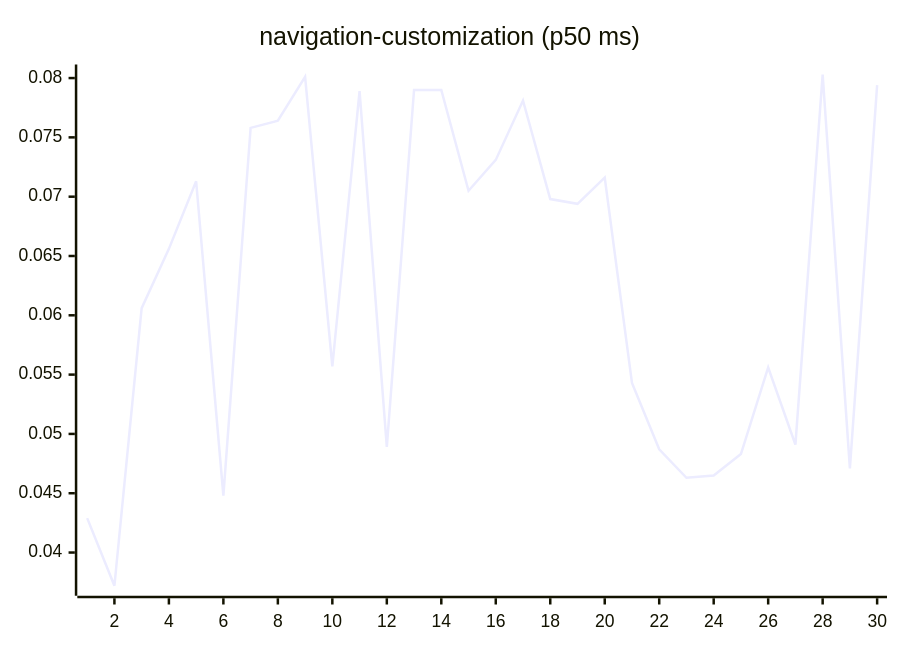
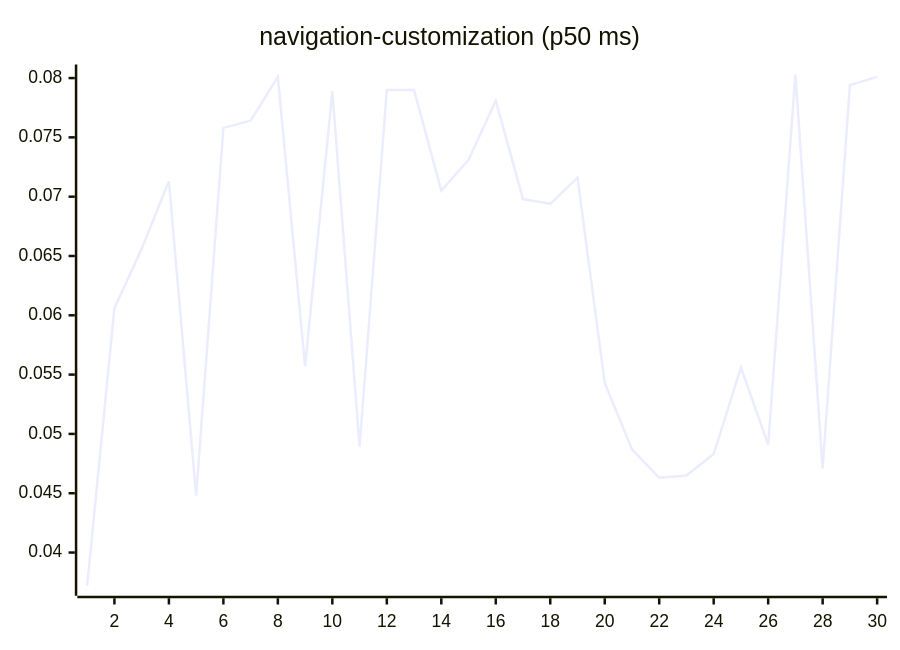
Before and after one commit to josha/Facet: diagram 15 of 27 in README.md, drawn with Mermaid. The commit also changed other lines of this file and 2 other files, not shown here.

````diff
--- a/README.md
+++ b/README.md
@@ -161,6 +161,6 @@
 ```mermaid
 xychart-beta
     title "navigation-customization (p50 ms)"
     x-axis 1 --> 30
-    line [0.0429, 0.0372, 0.0606, 0.0656, 0.0713, 0.0448, 0.0758, 0.0764, 0.0801, 0.0557, 0.0789, 0.0489, 0.0790, 0.0790, 0.0705, 0.0731, 0.0781, 0.0698, 0.0694, 0.0716, 0.0543, 0.0487, 0.0463, 0.0465, 0.0483, 0.0556, 0.0491, 0.0803, 0.0471, 0.0794]
+    line [0.0372, 0.0606, 0.0656, 0.0713, 0.0448, 0.0758, 0.0764, 0.0801, 0.0557, 0.0789, 0.0489, 0.0790, 0.0790, 0.0705, 0.0731, 0.0781, 0.0698, 0.0694, 0.0716, 0.0543, 0.0487, 0.0463, 0.0465, 0.0483, 0.0556, 0.0491, 0.0803, 0.0471, 0.0794, 0.0801]
 ```
````
